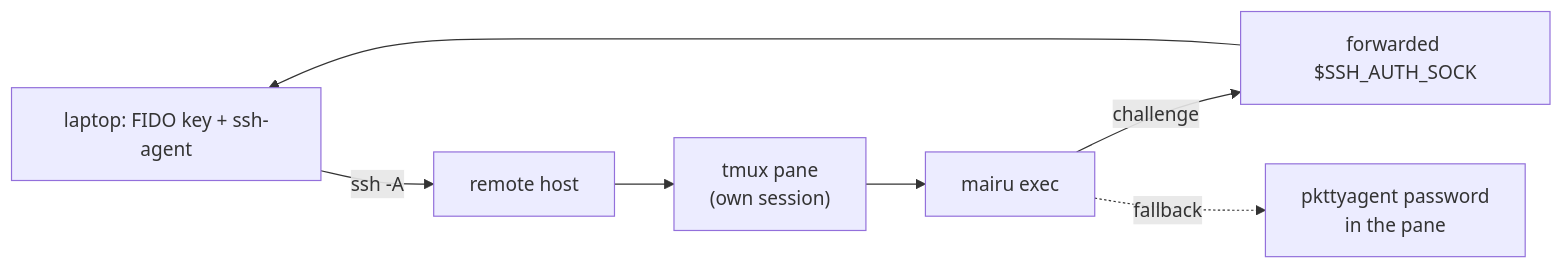
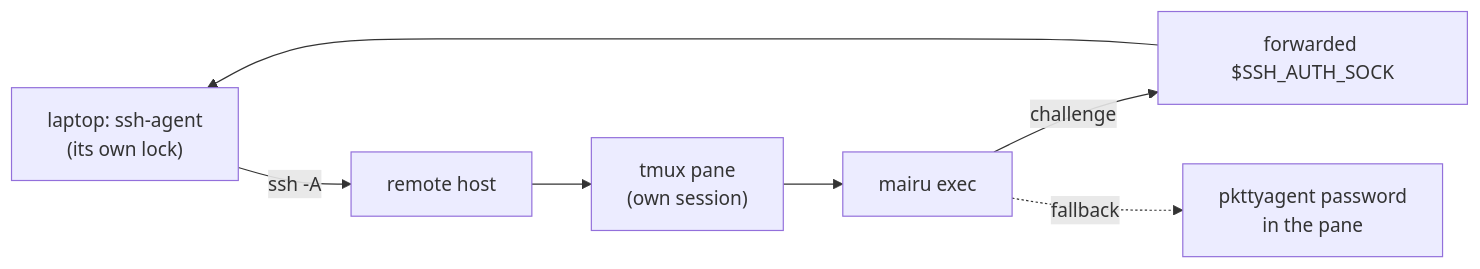
Before and after one commit to sorah/mairu: the fourth of 5 diagrams in docs/specs/platform-helper.md, drawn with Mermaid. The commit also changed other lines of this file and 2 other files, not shown here.

First line of the commit message:
docs/specs: accept any ssh-agent key, the lock is the agent's

````diff
--- a/docs/specs/platform-helper.md
+++ b/docs/specs/platform-helper.md
@@ -579,9 +579,9 @@
 ```mermaid
 flowchart LR
-  laptop["laptop: FIDO key + ssh-agent"] -- "ssh -A" --> host["remote host"]
+  laptop["laptop: ssh-agent<br/>(its own lock)"] -- "ssh -A" --> host["remote host"]
   host --> pane["tmux pane<br/>(own session)"]
   pane --> mairu["mairu exec"]
   mairu -- "challenge" --> sock["forwarded $SSH_AUTH_SOCK"]
   sock --> laptop
   mairu -. "fallback" .-> pk["pkttyagent password<br/>in the pane"]
 ```
````
